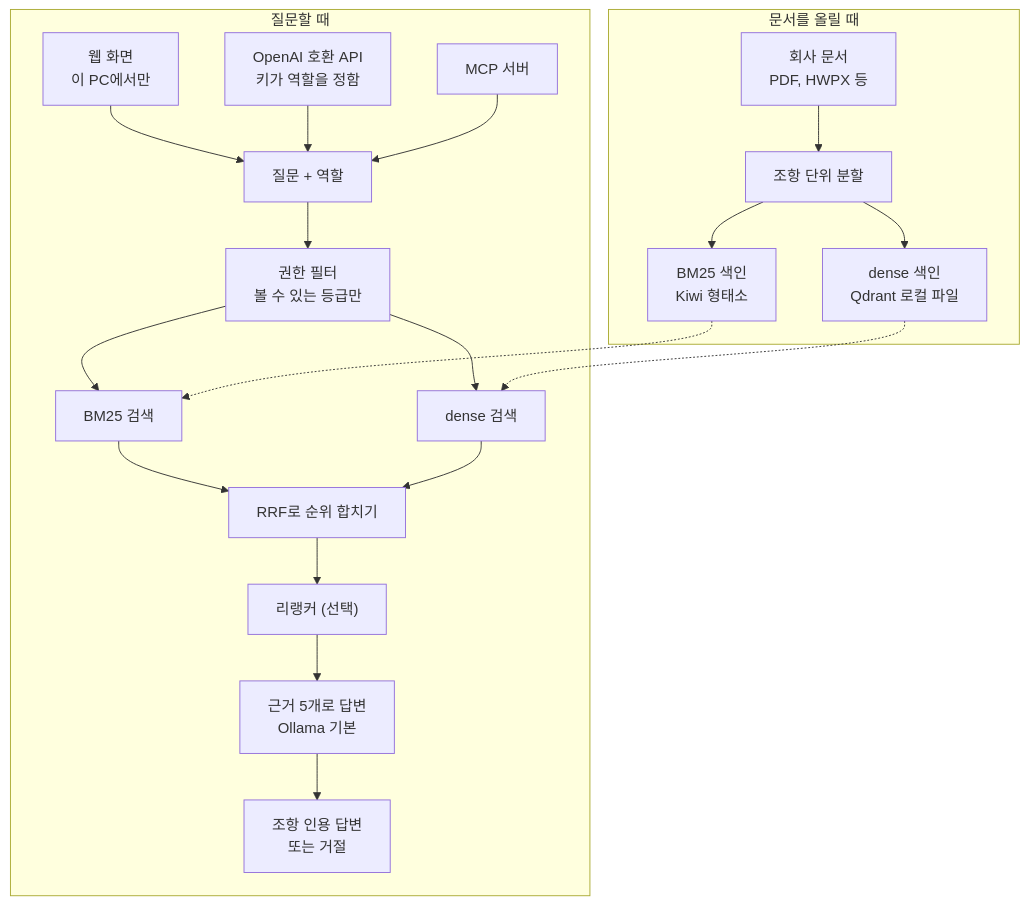
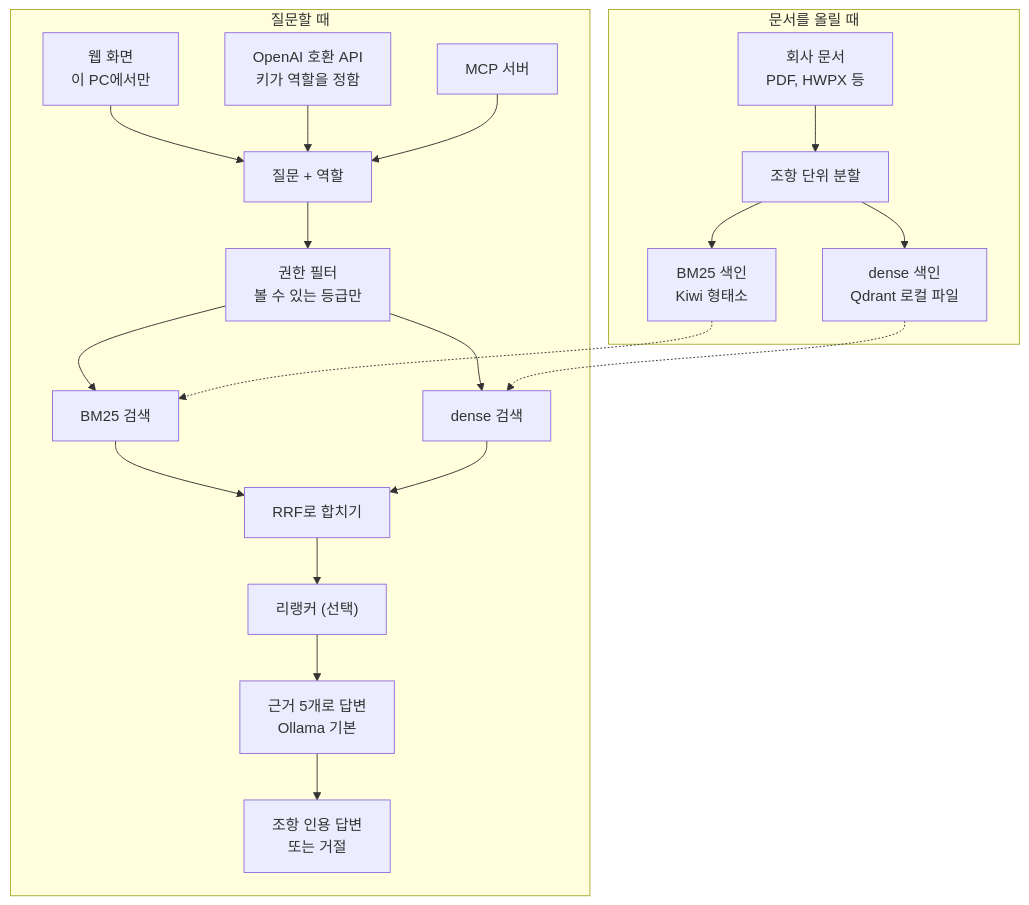
The diagram in README.md (Growcompany/ax-assistant-builder), drawn with Mermaid before and after one commit.

Commit message:
docs: shorten the RRF diagram label

````diff
--- a/README.md
+++ b/README.md
@@ -221,23 +221,23 @@
 ```mermaid
 flowchart TD
     subgraph INDEX["문서를 올릴 때"]
         DOC["회사 문서<br/>PDF, HWPX 등"] --> CHUNK["조항 단위 분할"]
         CHUNK --> DIDX["dense 색인<br/>Qdrant 로컬 파일"]
         CHUNK --> BIDX["BM25 색인<br/>Kiwi 형태소"]
     end
     subgraph ASK["질문할 때"]
         UI["웹 화면<br/>이 PC에서만"] --> Q["질문 + 역할"]
         V1["OpenAI 호환 API<br/>키가 역할을 정함"] --> Q
         MCP["MCP 서버"] --> Q
         Q --> ACL["권한 필터<br/>볼 수 있는 등급만"]
         ACL --> BM["BM25 검색"]
         ACL --> DN["dense 검색"]
-        BM --> RRF["RRF로 순위 합치기"]
+        BM --> RRF["RRF로 합치기"]
         DN --> RRF
         RRF --> RR["리랭커 (선택)"]
         RR --> GEN["근거 5개로 답변<br/>Ollama 기본"]
         GEN --> OUT["조항 인용 답변<br/>또는 거절"]
     end
     BIDX -.-> BM
     DIDX -.-> DN
 ```
````
